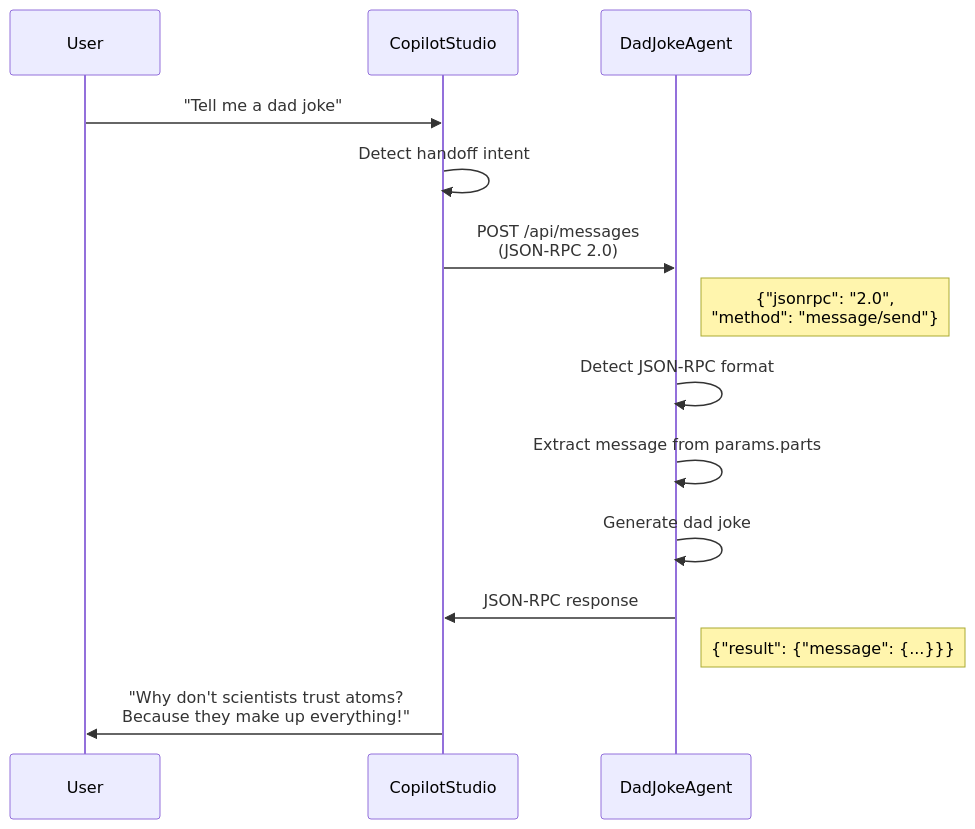
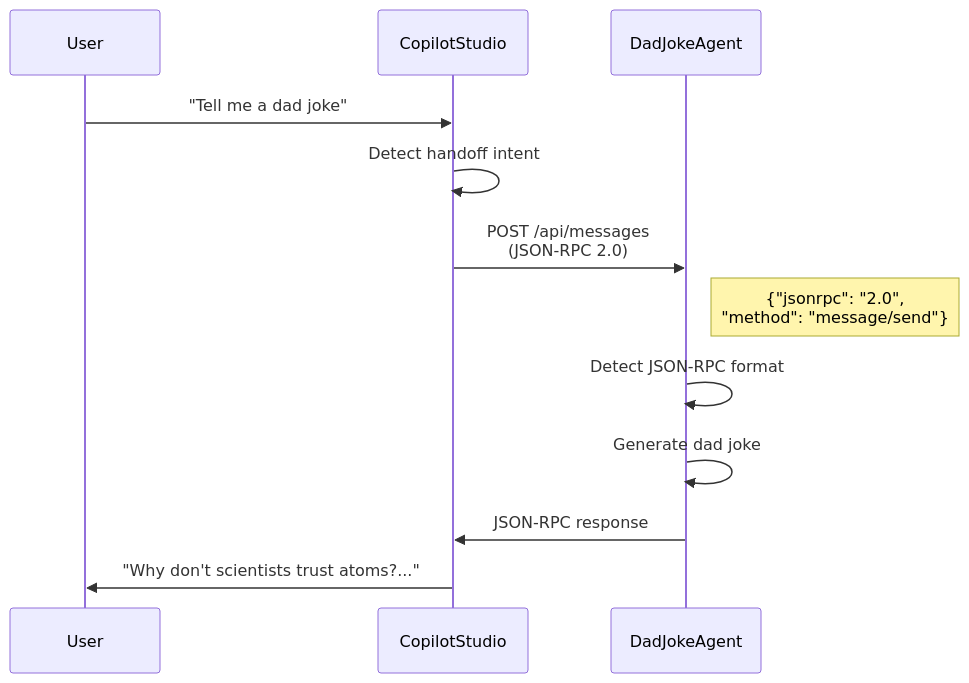
The second of 2 diagrams in _posts/2025-12-13-A2A-Dad-jokes-Building-Python-Agents-with-Microsoft-365-SDK-for-MCS.md (microsoft/mcscatblog), drawn with Mermaid before and after one commit. The commit also changed other lines of this file, not shown here.

Commit message:
v2, answering Adi's why

````diff
--- a/_posts/2025-12-13-A2A-Dad-jokes-Building-Python-Agents-with-Microsoft-365-SDK-for-MCS.md
+++ b/_posts/2025-12-13-A2A-Dad-jokes-Building-Python-Agents-with-Microsoft-365-SDK-for-MCS.md
@@ -152,17 +106,15 @@
 ```mermaid
 sequenceDiagram
     participant User
     participant CopilotStudio
     participant DadJokeAgent
 
     User->>CopilotStudio: "Tell me a dad joke"
     CopilotStudio->>CopilotStudio: Detect handoff intent
     CopilotStudio->>DadJokeAgent: POST /api/messages<br/>(JSON-RPC 2.0)
     Note right of DadJokeAgent: {"jsonrpc": "2.0",<br/>"method": "message/send"}
     DadJokeAgent->>DadJokeAgent: Detect JSON-RPC format
-    DadJokeAgent->>DadJokeAgent: Extract message from params.parts
     DadJokeAgent->>DadJokeAgent: Generate dad joke
     DadJokeAgent->>CopilotStudio: JSON-RPC response
-    Note right of DadJokeAgent: {"result": {"message": {...}}}
-    CopilotStudio->>User: "Why don't scientists trust atoms?<br/>Because they make up everything!"
+    CopilotStudio->>User: "Why don't scientists trust atoms?..."
 ```
````
